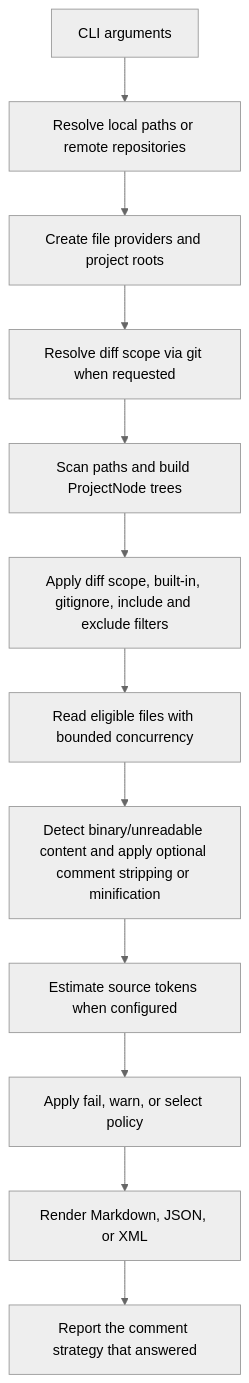
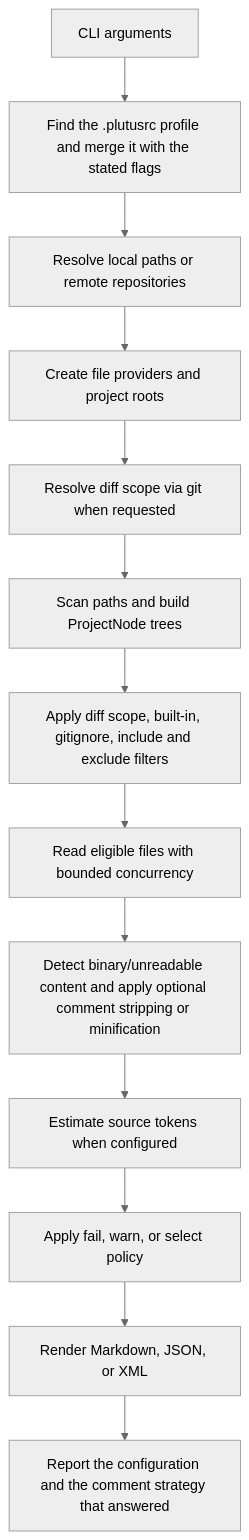
Before and after one commit to blowin/Plutus: the diagram in docs/ARCHITECTURE.md, drawn with Mermaid (neutral theme). The commit also changed other lines of this file and 41 other files, not shown here.

Commit message:
feature/#17 Configuration Profiles and Local .plutusrc Presets (#50)

````diff
--- a/docs/ARCHITECTURE.md
+++ b/docs/ARCHITECTURE.md
@@ -16,14 +16,15 @@
 ```mermaid
 flowchart TD
-    A[CLI arguments] --> B[Resolve local paths or remote repositories]
+    A[CLI arguments] --> A2[Find the .plutusrc profile and merge it with the stated flags]
+    A2 --> B[Resolve local paths or remote repositories]
     B --> C[Create file providers and project roots]
     C --> D[Resolve diff scope via git when requested]
     D --> E[Scan paths and build ProjectNode trees]
     E --> F[Apply diff scope, built-in, gitignore, include and exclude filters]
     F --> G[Read eligible files with bounded concurrency]
     G --> H[Detect binary/unreadable content and apply optional comment stripping or minification]
     H --> I[Estimate source tokens when configured]
     I --> J[Apply fail, warn, or select policy]
     J --> K[Render Markdown, JSON, or XML]
-    K --> L[Report the comment strategy that answered]
+    K --> L[Report the configuration and the comment strategy that answered]
 ```
````
